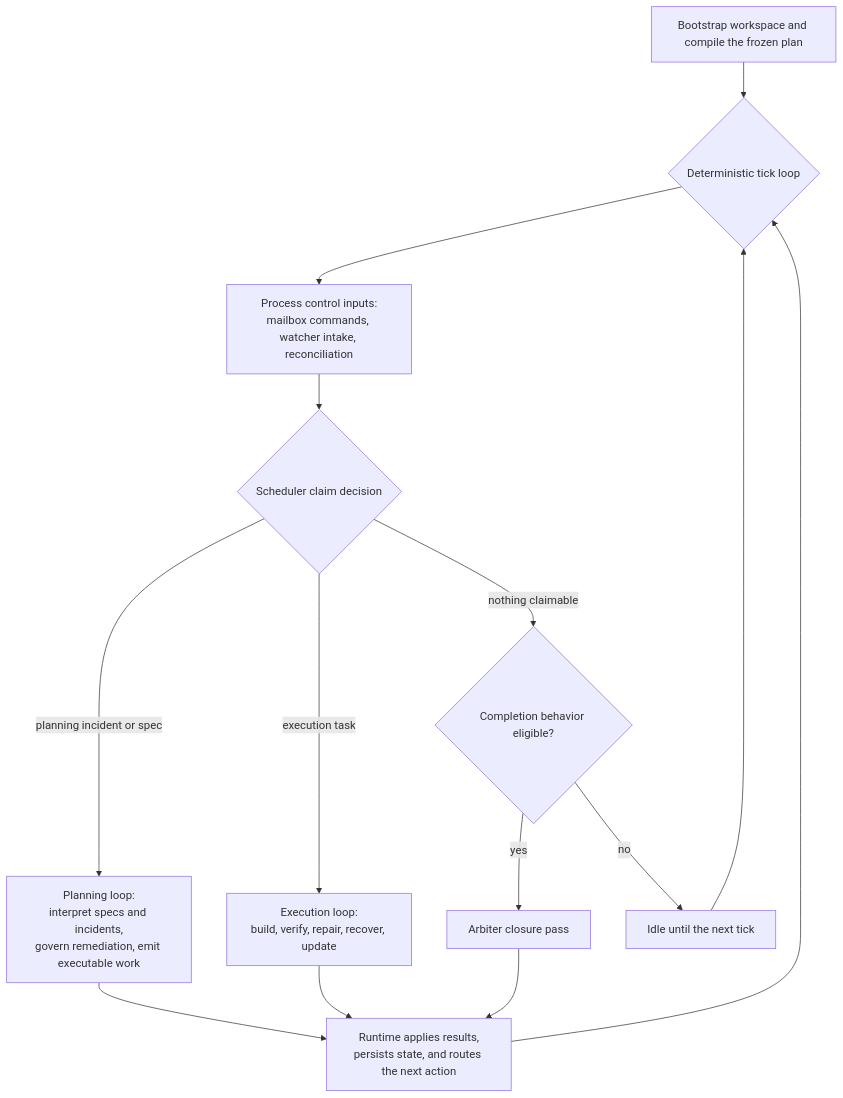
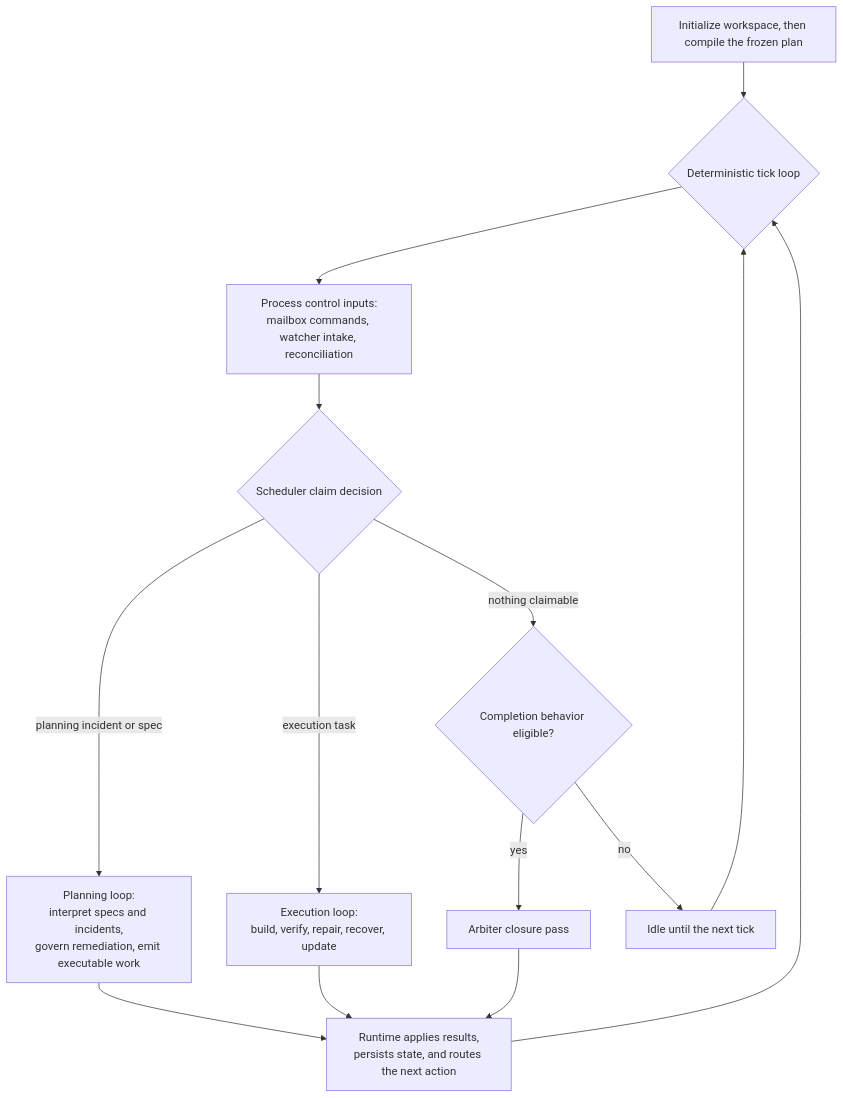
One commit to tim-osterhus/millrace changed the diagram in README.md. Above: the diagram before and after it, drawn with Mermaid. The commit also changed other lines of this file and 25 other files, not shown here.

````diff
--- a/README.md
+++ b/README.md
@@ -53,16 +53,16 @@
 ```mermaid
 flowchart TD
-    A["Bootstrap workspace and compile the frozen plan"] --> B{"Deterministic tick loop"}
+    A["Initialize workspace, then compile the frozen plan"] --> B{"Deterministic tick loop"}
     B --> C["Process control inputs:<br/>mailbox commands, watcher intake, reconciliation"]
     C --> D{"Scheduler claim decision"}
     D -- planning incident or spec --> E["Planning loop:<br/>interpret specs and incidents,<br/>govern remediation, emit executable work"]
     D -- execution task --> F["Execution loop:<br/>build, verify, repair, recover, update"]
     D -- nothing claimable --> G{"Completion behavior eligible?"}
     G -- yes --> H["Arbiter closure pass"]
     G -- no --> I["Idle until the next tick"]
     E --> J["Runtime applies results,<br/>persists state, and routes the next action"]
     F --> J
     H --> J
     J --> B
     I --> B
 ```
````
